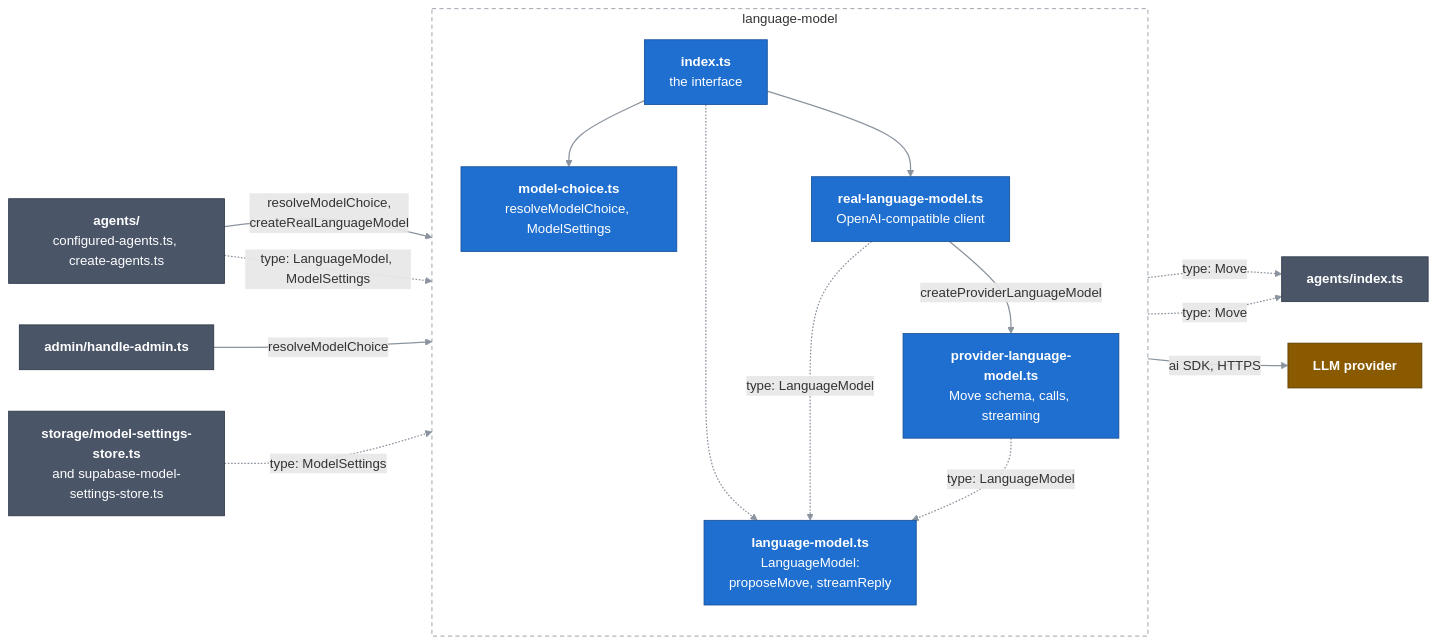
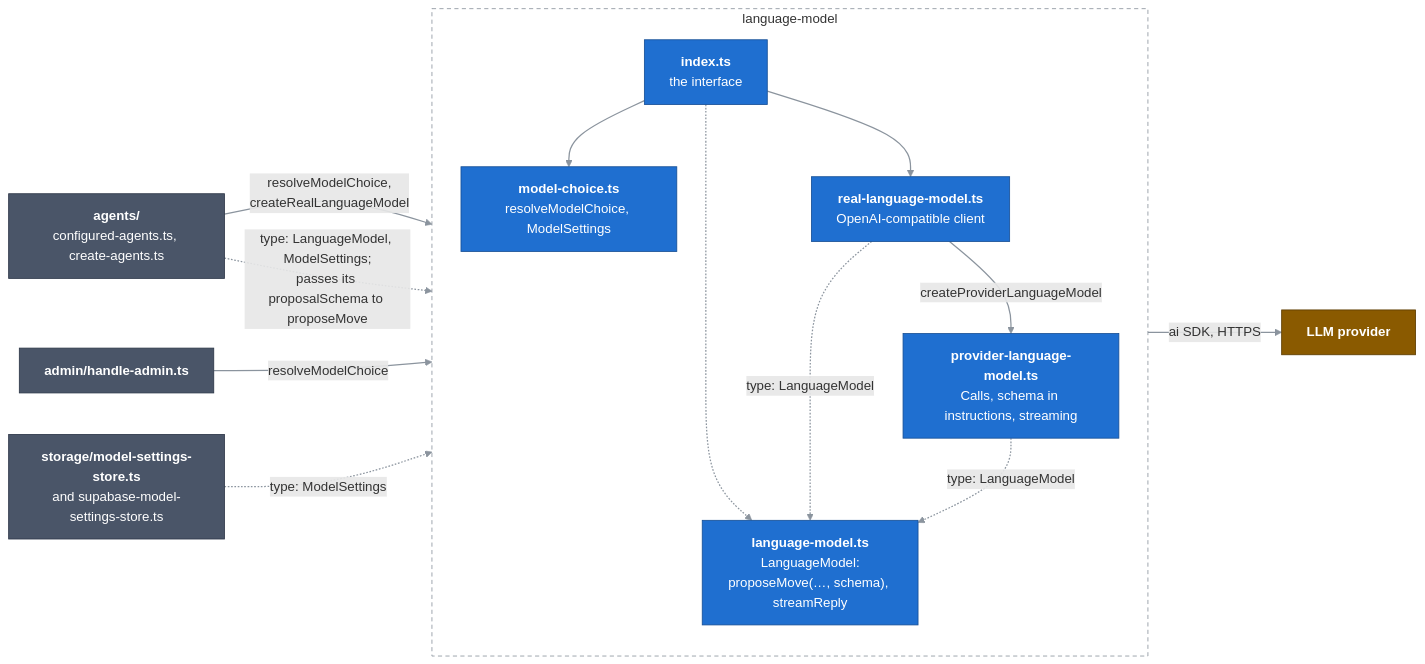
One commit to Bill2926/COS40005_HN9_Verifiable_Co-Learner_Agent changed the diagram in docs/c4/03-components/server/07-language-model.md. Above: the diagram before and after it, drawn with Mermaid. The commit also changed other lines of this file and 18 other files, not shown here.

````diff
--- a/docs/c4/03-components/server/07-language-model.md
+++ b/docs/c4/03-components/server/07-language-model.md
@@ -12,38 +13,35 @@
 ```mermaid
 flowchart LR
   classDef comp fill:#1f6fd0,stroke:#164f96,color:#ffffff
   classDef near fill:#4a5568,stroke:#2d3748,color:#ffffff
   classDef ext fill:#8a5a00,stroke:#5c3c00,color:#ffffff
   linkStyle default stroke:#8b949e,stroke-width:1.5px
 
   agents["<b>agents/</b><br/>configured-agents.ts, create-agents.ts"]:::near
   admin["<b>admin/handle-admin.ts</b>"]:::near
   storage["<b>storage/model-settings-store.ts</b><br/>and supabase-model-settings-store.ts"]:::near
-  moves["<b>agents/index.ts</b>"]:::near
   llm["<b>LLM provider</b>"]:::ext
 
   subgraph lm["language-model"]
     direction TB
     index["<b>index.ts</b><br/>the interface"]:::comp
-    iface["<b>language-model.ts</b><br/>LanguageModel:<br/>proposeMove, streamReply"]:::comp
+    iface["<b>language-model.ts</b><br/>LanguageModel:<br/>proposeMove(…, schema), streamReply"]:::comp
     choice["<b>model-choice.ts</b><br/>resolveModelChoice, ModelSettings"]:::comp
     real["<b>real-language-model.ts</b><br/>OpenAI-compatible client"]:::comp
-    provider["<b>provider-language-model.ts</b><br/>Move schema, calls, streaming"]:::comp
+    provider["<b>provider-language-model.ts</b><br/>Calls, schema in instructions, streaming"]:::comp
   end
 
   agents -->|"resolveModelChoice,<br/>createRealLanguageModel"| index
-  agents -.->|"type: LanguageModel, ModelSettings"| index
+  agents -.->|"type: LanguageModel, ModelSettings;<br/>passes its proposalSchema to proposeMove"| index
   admin -->|"resolveModelChoice"| index
   storage -.->|"type: ModelSettings"| index
   index --> choice
   index --> real
   index -.-> iface
   real -->|"createProviderLanguageModel"| provider
   real -.->|"type: LanguageModel"| iface
   provider -.->|"type: LanguageModel"| iface
-  provider -.->|"type: Move"| moves
-  iface -.->|"type: Move"| moves
   real -->|"ai SDK, HTTPS"| llm
 
   style lm fill:none,stroke:#8b949e,stroke-dasharray:5 4
 ```
````
